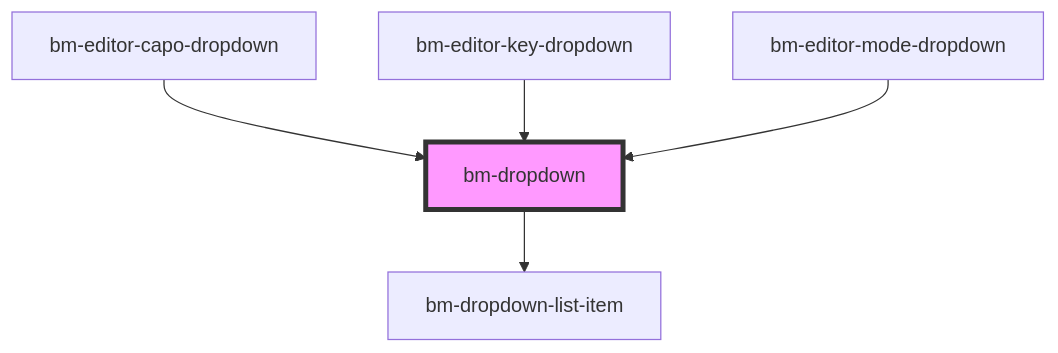
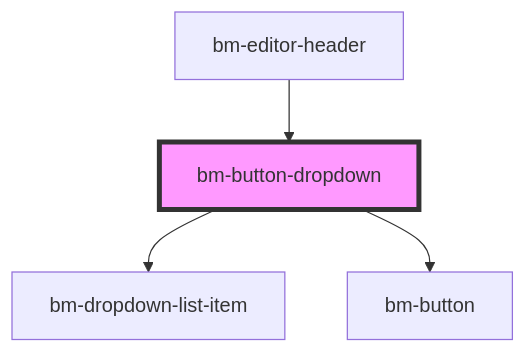
One commit to bettermusic/studio changed the diagram in packages/studio/src/components/ui/button-dropdown/readme.md. Above: the diagram before and after it, drawn with Mermaid. The commit also changed other lines of this file and 170 other files, not shown here.

````diff
--- a/packages/studio/src/components/ui/button-dropdown/readme.md
+++ b/packages/studio/src/components/ui/button-dropdown/readme.md
@@ -80,8 +80,7 @@
 ```mermaid
 graph TD;
-  bm-dropdown --> bm-dropdown-list-item
-  bm-editor-capo-dropdown --> bm-dropdown
-  bm-editor-key-dropdown --> bm-dropdown
-  bm-editor-mode-dropdown --> bm-dropdown
-  style bm-dropdown fill:#f9f,stroke:#333,stroke-width:4px
+  bm-button-dropdown --> bm-dropdown-list-item
+  bm-button-dropdown --> bm-button
+  bm-editor-header --> bm-button-dropdown
+  style bm-button-dropdown fill:#f9f,stroke:#333,stroke-width:4px
 ```
````
